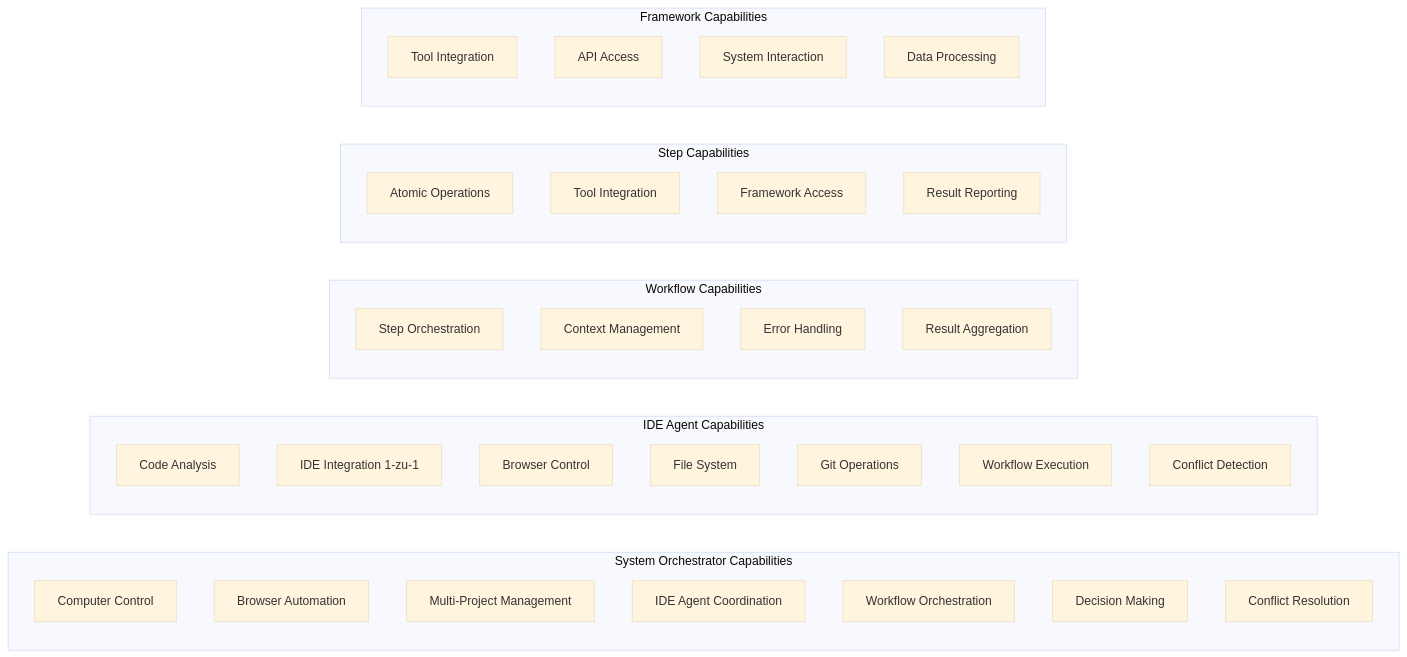
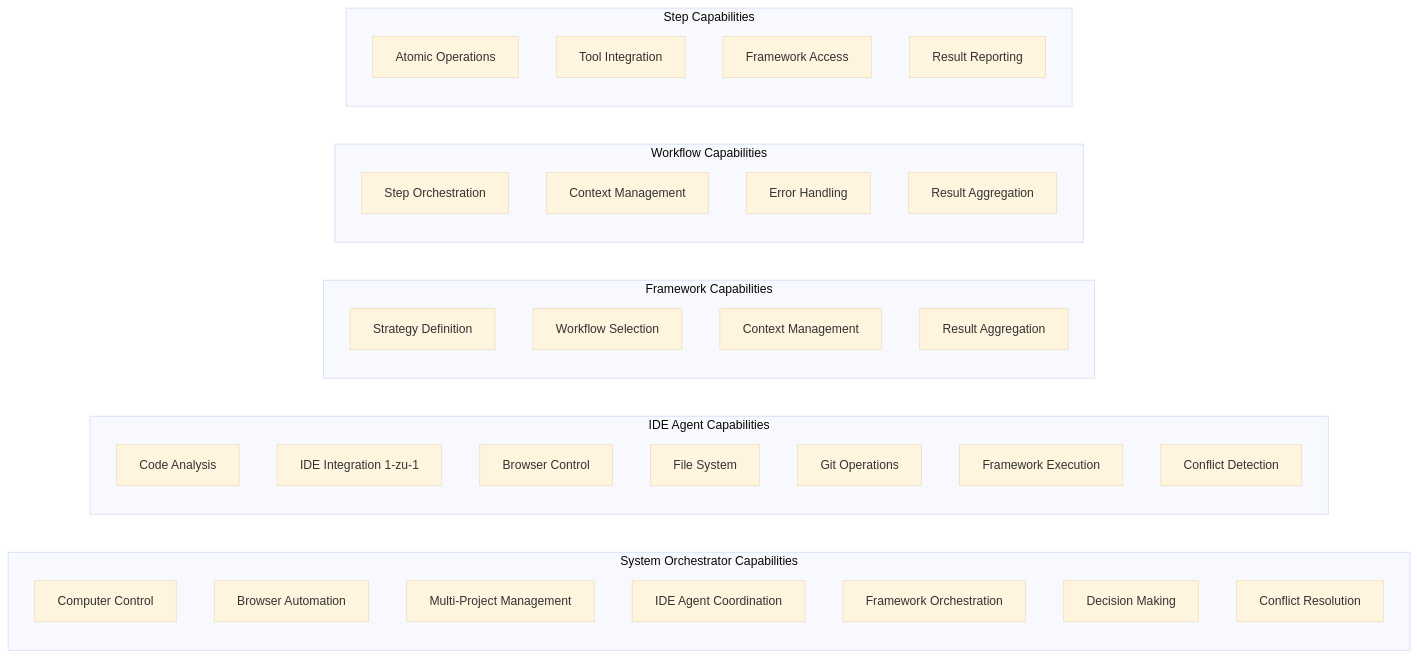
The fourth of 6 diagrams in docs/architecture/meta-ebenen-capabilities.md (fr4iser90/PIDEA), drawn with Mermaid (base theme) before and after one commit. The commit also changed other lines of this file and 1 other file, not shown here.

First line of the commit message:
Update Architecture Documentation to Reflect Framework and Workflow Relationships

````diff
--- a/docs/architecture/meta-ebenen-capabilities.md
+++ b/docs/architecture/meta-ebenen-capabilities.md
@@ -180,43 +178,43 @@
 ```mermaid
 graph LR
     subgraph "System Orchestrator Capabilities"
         SO_COMP["Computer Control"]
         SO_BROWSER["Browser Automation"]
         SO_MULTI["Multi-Project Management"]
         SO_IDE["IDE Agent Coordination"]
-        SO_WF["Workflow Orchestration"]
+        SO_FW["Framework Orchestration"]
         SO_DEC["Decision Making"]
         SO_CONFLICT["Conflict Resolution"]
     end
     
     subgraph "IDE Agent Capabilities"
         AG_CODE["Code Analysis"]
         AG_IDE["IDE Integration 1-zu-1"]
         AG_BROWSER["Browser Control"]
         AG_FS["File System"]
         AG_GIT["Git Operations"]
-        AG_WF["Workflow Execution"]
+        AG_FW["Framework Execution"]
         AG_CONFLICT["Conflict Detection"]
+    end
+    
+    subgraph "Framework Capabilities"
+        FW_STRAT["Strategy Definition"]
+        FW_WF["Workflow Selection"]
+        FW_CTX["Context Management"]
+        FW_RES["Result Aggregation"]
     end
     
     subgraph "Workflow Capabilities"
         WF_STEPS["Step Orchestration"]
         WF_CTX["Context Management"]
         WF_ERR["Error Handling"]
         WF_RES["Result Aggregation"]
     end
     
     subgraph "Step Capabilities"
         ST_ATOMIC["Atomic Operations"]
         ST_TOOL["Tool Integration"]
         ST_FW["Framework Access"]
         ST_REP["Result Reporting"]
     end
-    
-    subgraph "Framework Capabilities"
-        FW_TOOL["Tool Integration"]
-        FW_API["API Access"]
-        FW_SYS["System Interaction"]
-        FW_DATA["Data Processing"]
-    end
 ```
````
